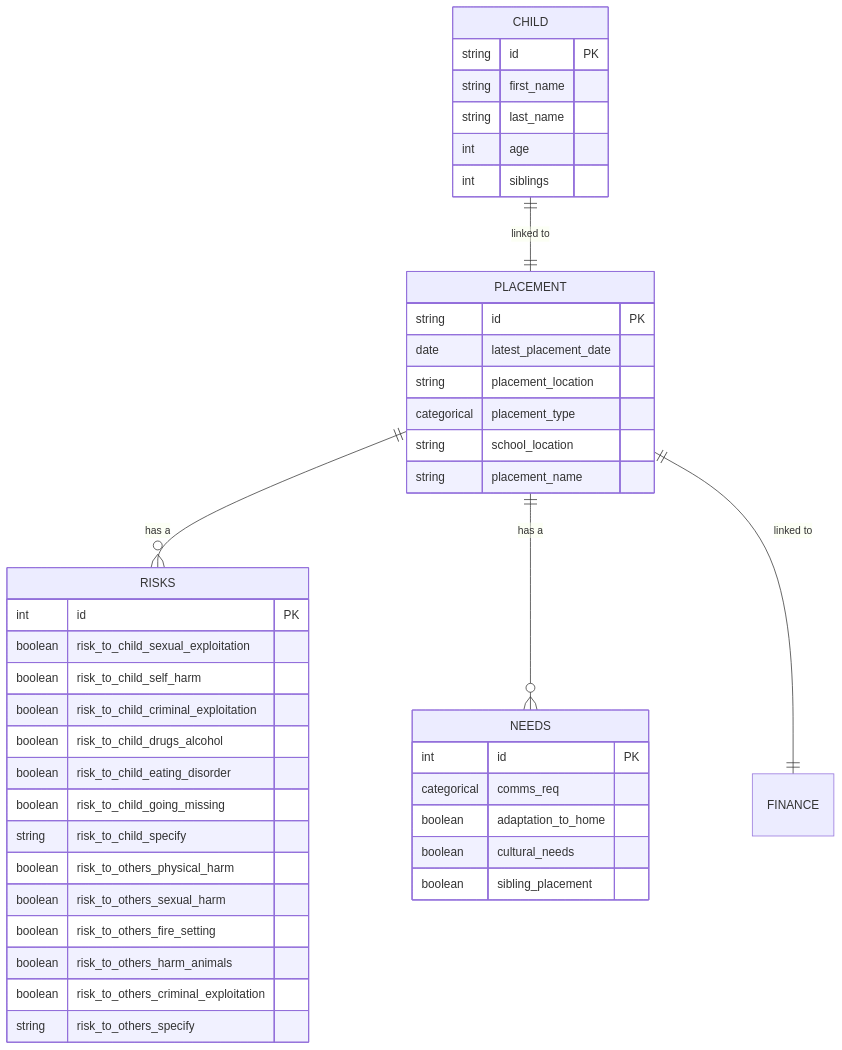
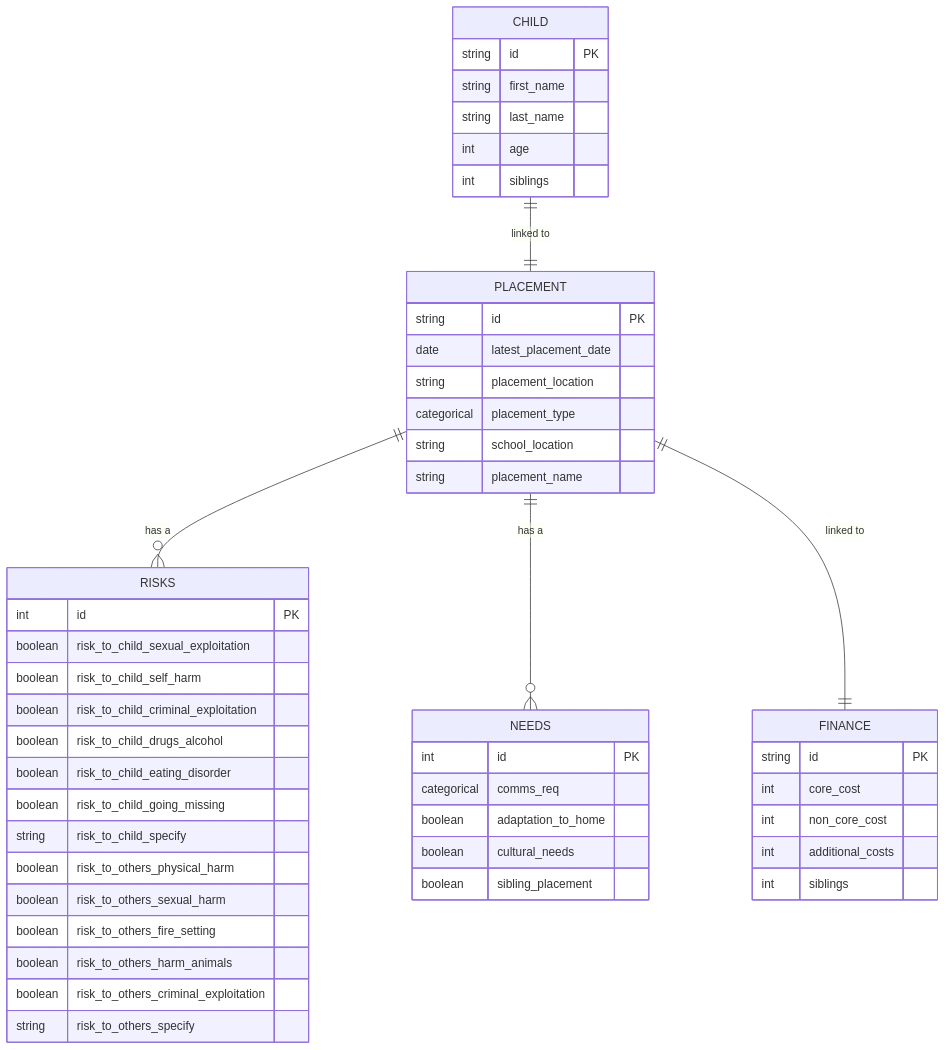
One commit to SocialFinanceDigitalLabs/sw-sufficiency-model changed the diagram in placement_data_collection.md. Above: the diagram before and after it, drawn with Mermaid.

````diff
--- a/placement_data_collection.md
+++ b/placement_data_collection.md
@@ -3,45 +3,52 @@
 ```mermaid
 erDiagram
     CHILD ||--|| PLACEMENT : "linked to"
     PLACEMENT ||--o{ RISKS : "has a"
     PLACEMENT ||--o{ NEEDS : "has a"
     PLACEMENT ||--|| FINANCE : "linked to"
     CHILD {
         string id PK
         string first_name
         string last_name
         int age
         int siblings
     }
     PLACEMENT {
         string id PK
         date latest_placement_date
         string placement_location
         categorical placement_type
         string school_location
         string placement_name
     }
     NEEDS {
         int id PK
         categorical comms_req
         boolean adaptation_to_home
         boolean cultural_needs
         boolean sibling_placement
     }
     RISKS {
         int id PK
         boolean risk_to_child_sexual_exploitation
         boolean risk_to_child_self_harm
         boolean risk_to_child_criminal_exploitation
         boolean risk_to_child_drugs_alcohol
         boolean risk_to_child_eating_disorder
         boolean risk_to_child_going_missing
         string risk_to_child_specify
         boolean risk_to_others_physical_harm
         boolean risk_to_others_sexual_harm
         boolean risk_to_others_fire_setting
         boolean risk_to_others_harm_animals
         boolean risk_to_others_criminal_exploitation
         string risk_to_others_specify
     }
+    FINANCE {
+        string id PK
+        int core_cost
+        int non_core_cost
+        int additional_costs
+        int siblings
+    }
 ```
````
